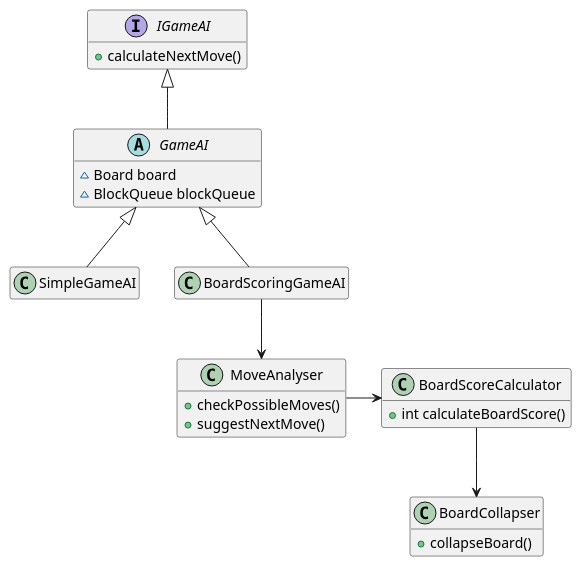
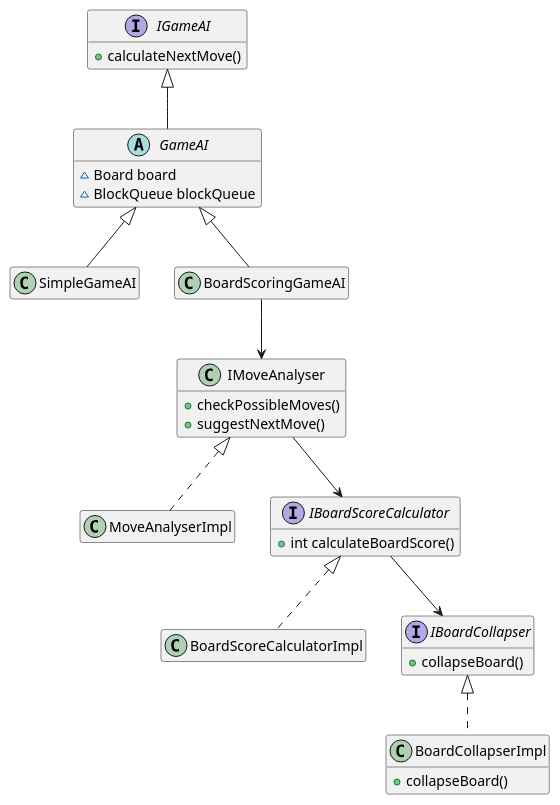
Before and after one commit to binu-manoharan/CGBF: the diagram in docs/board-scoring-game-ai.puml, drawn with PlantUML.

Commit message:
Initial puml for board scoring ai.

```diff
--- a/docs/board-scoring-game-ai.puml
+++ b/docs/board-scoring-game-ai.puml
@@ -1,38 +1,49 @@
 @startuml
 
 hide empty fields
 hide empty method
 
 interface IGameAI {
     + calculateNextMove()
 }
 abstract class GameAI extends IGameAI {
     ~ Board board
     ~ BlockQueue blockQueue
 
 }
 
 class SimpleGameAI extends GameAI {
 
 }
 
 class BoardScoringGameAI extends GameAI {
 }
 
-class MoveAnalyser {
+class IMoveAnalyser {
     + checkPossibleMoves()
     + suggestNextMove()
 }
 
-class BoardCollapser {
+class MoveAnalyserImpl implements IMoveAnalyser{
+}
+
+interface IBoardScoreCalculator {
+   + int calculateBoardScore()
+}
+
+class BoardScoreCalculatorImpl implements IBoardScoreCalculator {
+
+}
+
+interface IBoardCollapser {
     + collapseBoard()
 }
 
-class BoardScoreCalculator {
-    + int calculateBoardScore()
+class BoardCollapserImpl implements IBoardCollapser{
+    + collapseBoard()
 }
 
-BoardScoringGameAI --> MoveAnalyser
-MoveAnalyser --r> BoardScoreCalculator
-BoardScoreCalculator --> BoardCollapser
+BoardScoringGameAI --> IMoveAnalyser
+IMoveAnalyser --> IBoardScoreCalculator
+IBoardScoreCalculator --> IBoardCollapser
 @enduml
```
